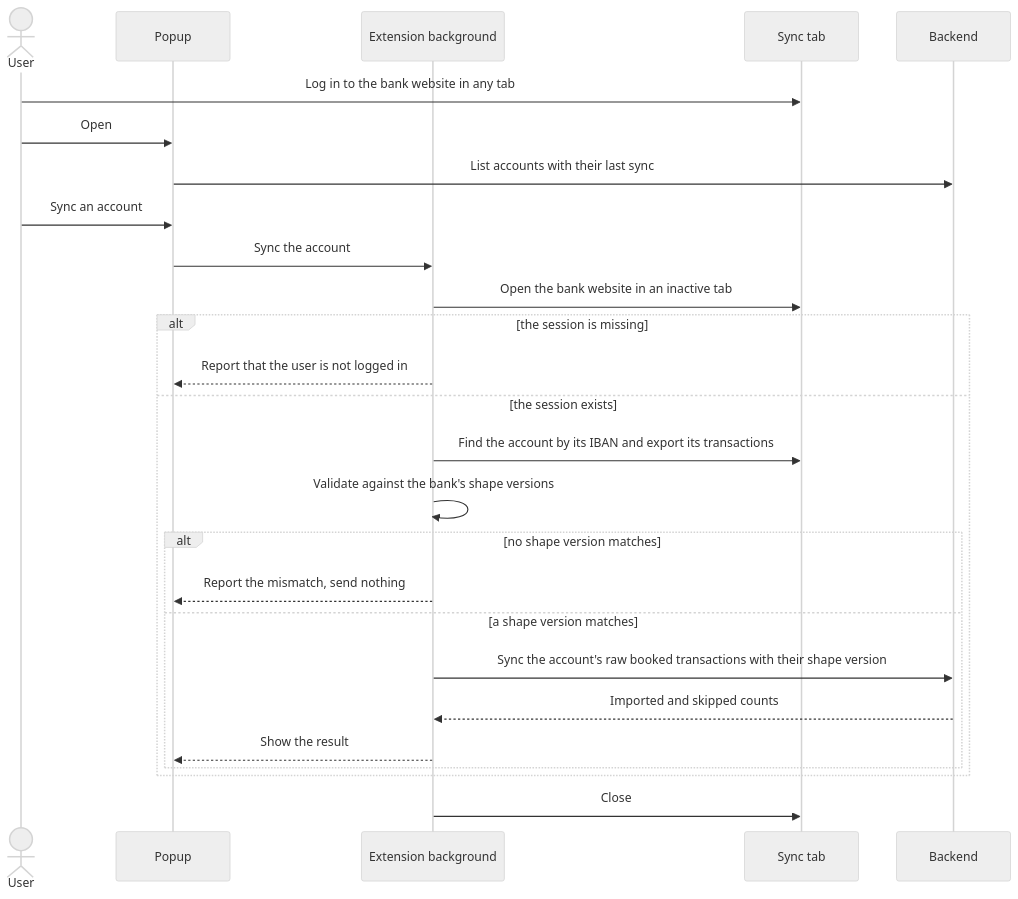
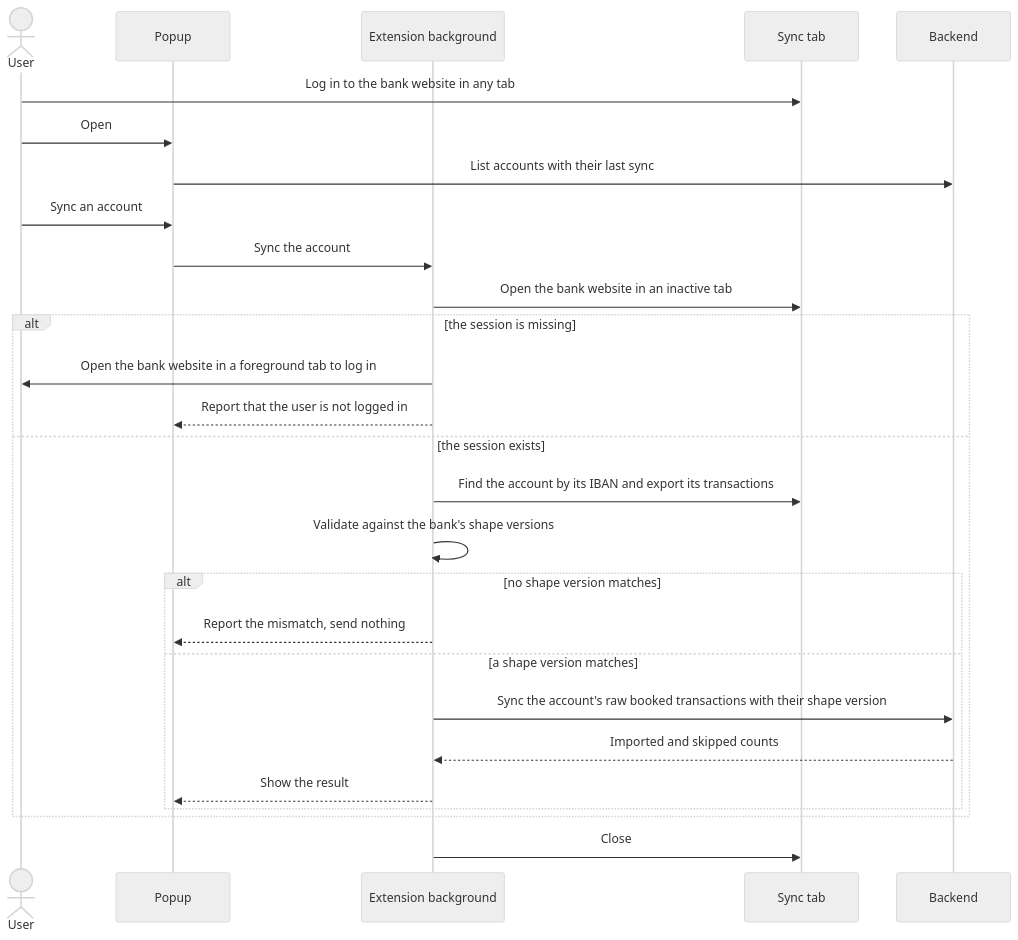
Before and after one commit to lennartmoeller/finance-tracker: the third of 5 diagrams in docs/architecture.md, drawn with Mermaid (neutral theme). The commit also changed other lines of this file and 52 other files, not shown here.

````diff
--- a/docs/architecture.md
+++ b/docs/architecture.md
@@ -73,28 +75,29 @@
 ```mermaid
 sequenceDiagram
   actor User
   participant Popup
   participant Ext as Extension background
   participant Tab as Sync tab
   participant BE as Backend
   User->>Tab: Log in to the bank website in any tab
   User->>Popup: Open
   Popup->>BE: List accounts with their last sync
   User->>Popup: Sync an account
   Popup->>Ext: Sync the account
   Ext->>Tab: Open the bank website in an inactive tab
   alt the session is missing
+    Ext->>User: Open the bank website in a foreground tab to log in
     Ext-->>Popup: Report that the user is not logged in
   else the session exists
     Ext->>Tab: Find the account by its IBAN and export its transactions
     Ext->>Ext: Validate against the bank's shape versions
     alt no shape version matches
       Ext-->>Popup: Report the mismatch, send nothing
     else a shape version matches
       Ext->>BE: Sync the account's raw booked transactions with their shape version
       BE-->>Ext: Imported and skipped counts
       Ext-->>Popup: Show the result
     end
   end
   Ext->>Tab: Close
 ```
````
